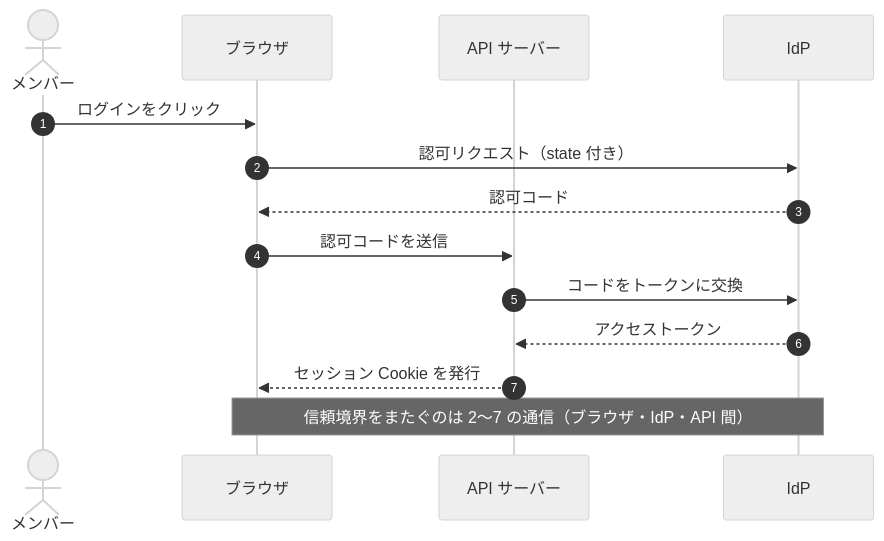
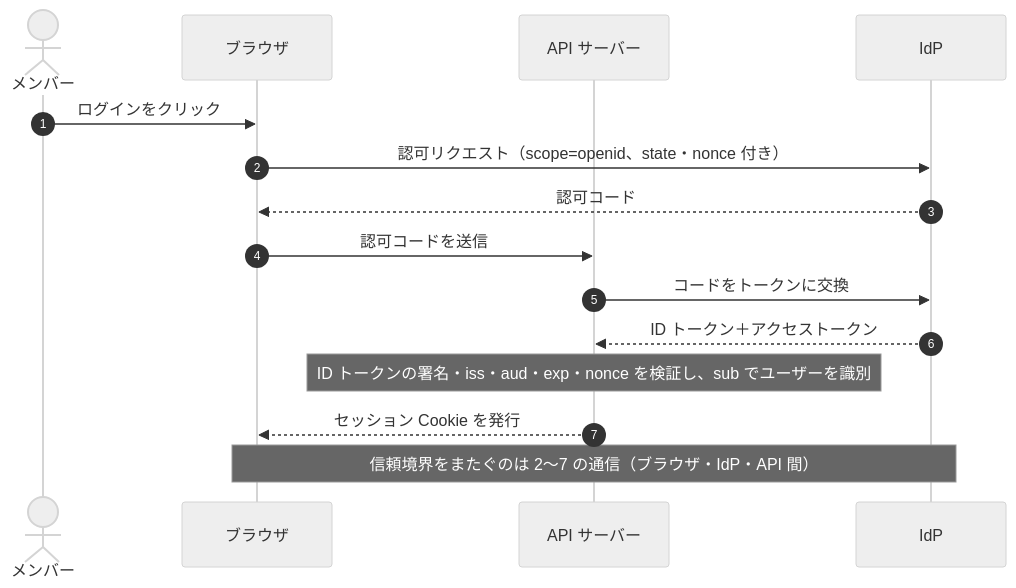
Before and after one commit to myoshi2891/Security_Studies: the third of 9 diagrams in Threat-modeling-guide.md, drawn with Mermaid (neutral theme). The commit also changed other lines of this file and 1 other file, not shown here.

Commit message:
docs(threat-modeling): clarify OIDC auth code flow and improve diagram layouts

````diff
--- a/Threat-modeling-guide.md
+++ b/Threat-modeling-guide.md
@@ -304,17 +304,18 @@
 ```mermaid
 sequenceDiagram
     autonumber
     actor M as メンバー
     participant B as ブラウザ
     participant A as API サーバー
     participant I as IdP
 
     M->>B: ログインをクリック
-    B->>I: 認可リクエスト（state 付き）
+    B->>I: 認可リクエスト（scope=openid、state・nonce 付き）
     I-->>B: 認可コード
     B->>A: 認可コードを送信
     A->>I: コードをトークンに交換
-    I-->>A: アクセストークン
+    I-->>A: ID トークン＋アクセストークン
+    Note over A: ID トークンの署名・iss・aud・exp・nonce を検証し、sub でユーザーを識別
     A-->>B: セッション Cookie を発行
     Note over B,I: 信頼境界をまたぐのは 2〜7 の通信（ブラウザ・IdP・API 間）
 ```
````
